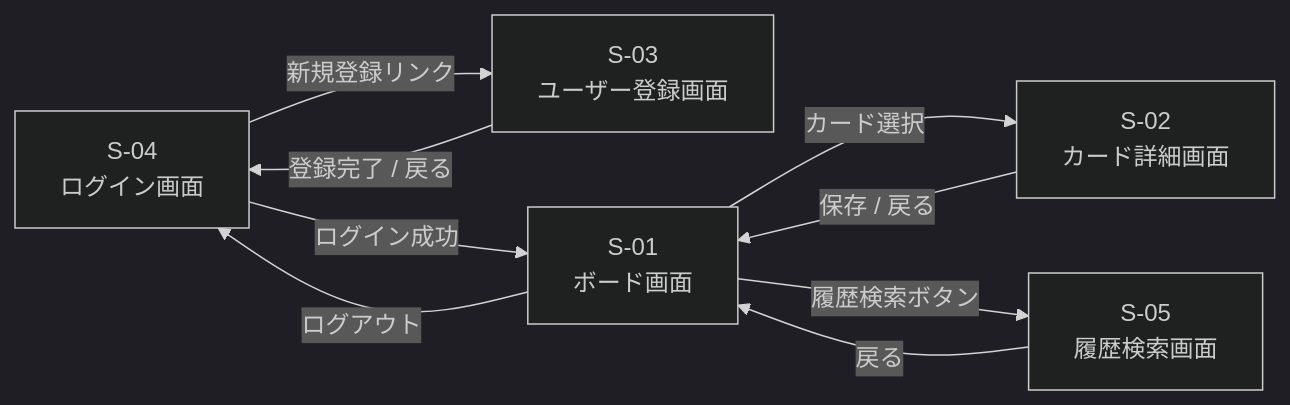
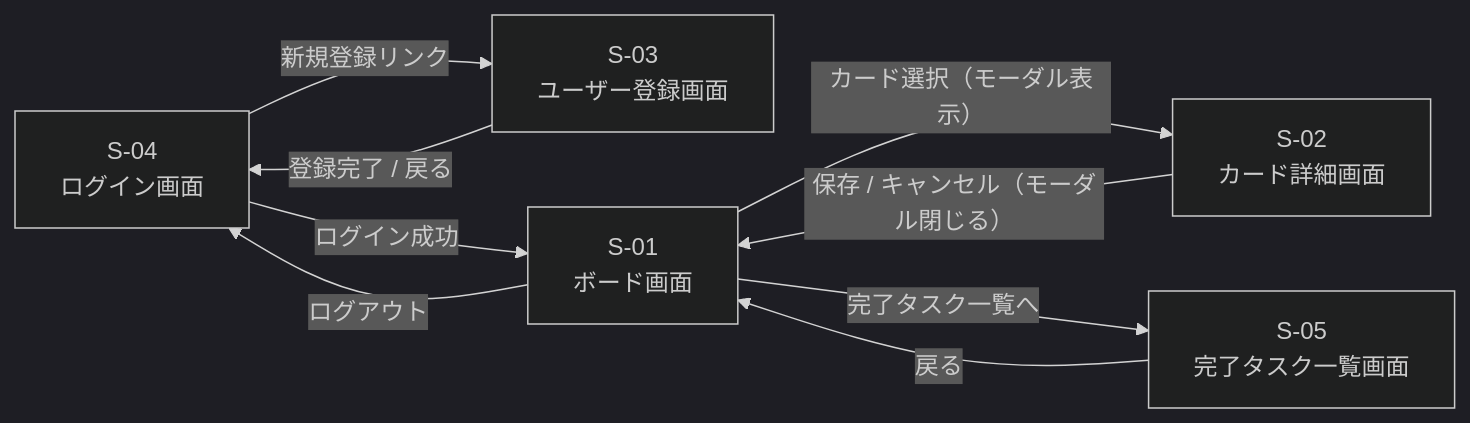
Before and after one commit to yamamotonaoki3/TaskManagement: the third of 9 diagrams in docs/requirements.md, drawn with Mermaid (dark theme). The commit also changed other lines of this file, not shown here.

````diff
--- a/docs/requirements.md
+++ b/docs/requirements.md
@@ -215,17 +215,17 @@
 ```mermaid
 flowchart LR
     S04[S-04<br/>ログイン画面]
     S03[S-03<br/>ユーザー登録画面]
     S01[S-01<br/>ボード画面]
     S02[S-02<br/>カード詳細画面]
-    S05[S-05<br/>履歴検索画面]
+    S05[S-05<br/>完了タスク一覧画面]
 
     S04 -- 新規登録リンク --> S03
     S03 -- 登録完了 / 戻る --> S04
     S04 -- ログイン成功 --> S01
     S01 -- ログアウト --> S04
-    S01 -- カード選択 --> S02
-    S02 -- 保存 / 戻る --> S01
-    S01 -- 履歴検索ボタン --> S05
+    S01 -- カード選択（モーダル表示） --> S02
+    S02 -- 保存 / キャンセル（モーダル閉じる） --> S01
+    S01 -- 完了タスク一覧へ --> S05
     S05 -- 戻る --> S01
 ```
````
